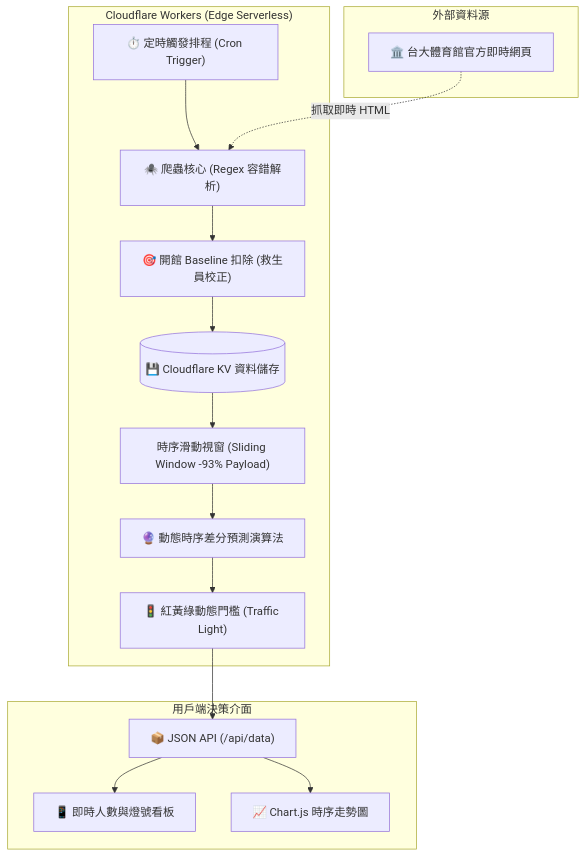
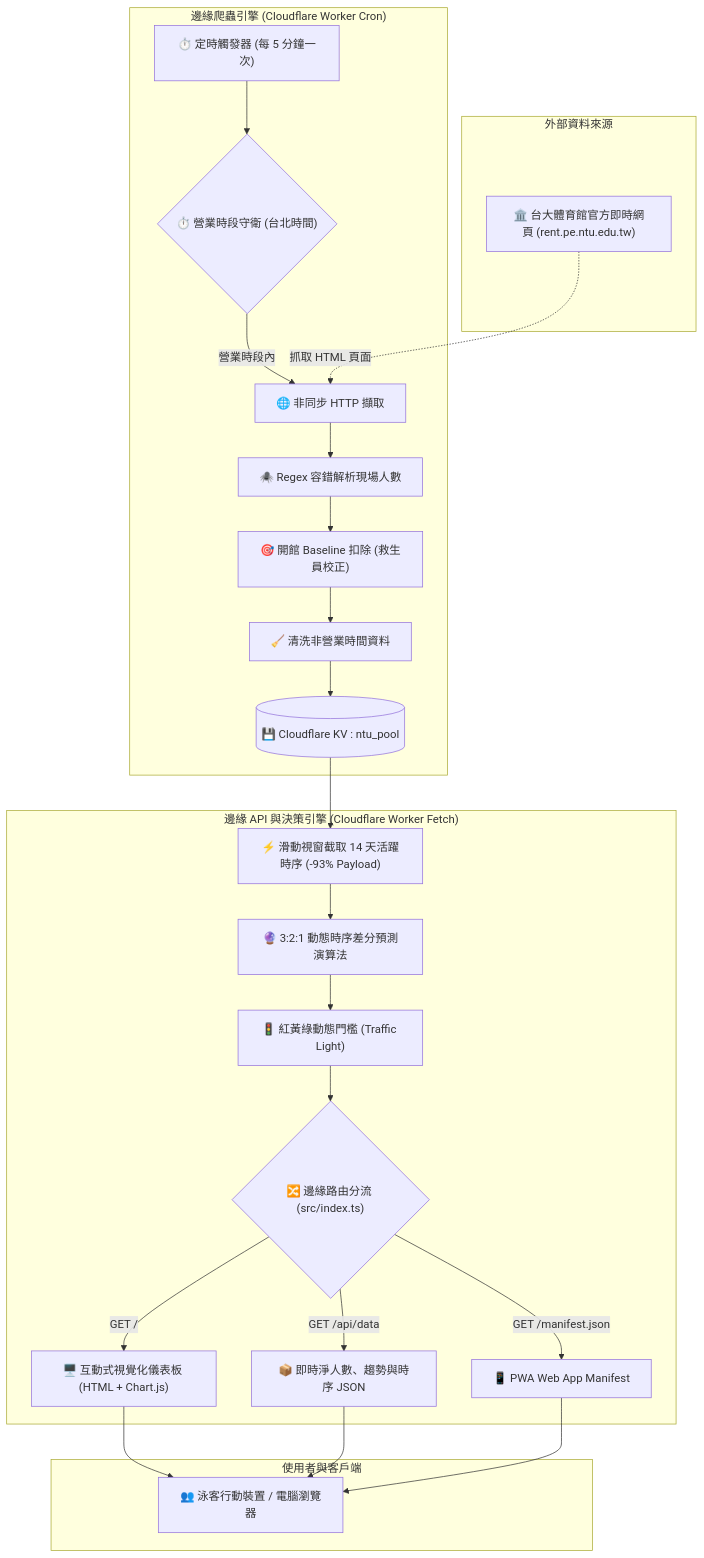
Before and after one commit to 8915ethan/ntu-pool: the diagram in README.md, drawn with Mermaid.

Commit message:
docs: replace text diagram with visual mermaid flowchart in architecture section

````diff
--- a/README.md
+++ b/README.md
@@ -44,23 +44,33 @@
 ```mermaid
 flowchart TD
-    subgraph External["外部資料源"]
-        NTU["🏛️ 台大體育館官方即時網頁"]
+    subgraph External["外部資料來源"]
+        NTU["🏛️ 台大體育館官方即時網頁 (rent.pe.ntu.edu.tw)"]
     end
 
-    subgraph Backend["Cloudflare Workers (Edge Serverless)"]
-        Cron["⏱️ 定時觸發排程 (Cron Trigger)"] --> Crawler["🕷️ 爬蟲核心 (Regex 容錯解析)"]
-        NTU -. 抓取即時 HTML .-> Crawler
-        Crawler --> Baseline["🎯 開館 Baseline 扣除 (救生員校正)"]
-        Baseline --> Storage[("💾 Cloudflare KV 資料儲存")]
-        
-        Storage --> Buffer["時序滑動視窗 (Sliding Window -93% Payload)"]
-        Buffer --> Algorithm["🔮 動態時序差分預測演算法"]
-        Algorithm --> Threshold["🚦 紅黃綠動態門檻 (Traffic Light)"]
+    subgraph CrawlerEngine["邊緣爬蟲引擎 (Cloudflare Worker Cron)"]
+        Cron["⏱️ 定時觸發器 (每 5 分鐘一次)"] --> Guard{"⏱️ 營業時段守衛 (台北時間)"}
+        Guard -->|營業時段內| Fetcher["🌐 非同步 HTTP 擷取"]
+        NTU -. 抓取 HTML 頁面 .-> Fetcher
+        Fetcher --> Regex["🕷️ Regex 容錯解析現場人數"]
+        Regex --> Baseline["🎯 開館 Baseline 扣除 (救生員校正)"]
+        Baseline --> Sanitizer["🧹 清洗非營業時間資料"]
+        Sanitizer --> KV[("💾 Cloudflare KV : ntu_pool")]
     end
 
-    subgraph Frontend["用戶端決策介面"]
-        Threshold --> API["📦 JSON API (/api/data)"]
-        API --> Dashboard["📱 即時人數與燈號看板"]
-        API --> Chart["📈 Chart.js 時序走勢圖"]
+    subgraph ServiceEngine["邊緣 API 與決策引擎 (Cloudflare Worker Fetch)"]
+        KV --> Window["⚡ 滑動視窗截取 14 天活躍時序 (-93% Payload)"]
+        Window --> Algo["🔮 3:2:1 動態時序差分預測演算法"]
+        Algo --> Threshold["🚦 紅黃綠動態門檻 (Traffic Light)"]
+        Threshold --> Routes{"🔀 邊緣路由分流 (src/index.ts)"}
+        
+        Routes -->|GET /| Dashboard["🖥️ 互動式視覺化儀表板 (HTML + Chart.js)"]
+        Routes -->|GET /api/data| API["📦 即時淨人數、趨勢與時序 JSON"]
+        Routes -->|GET /manifest.json| PWA["📱 PWA Web App Manifest"]
+    end
+
+    subgraph Clients["使用者與客戶端"]
+        Dashboard --> Users["👥 泳客行動裝置 / 電腦瀏覽器"]
+        API --> Users
+        PWA --> Users
     end
 ```
````
